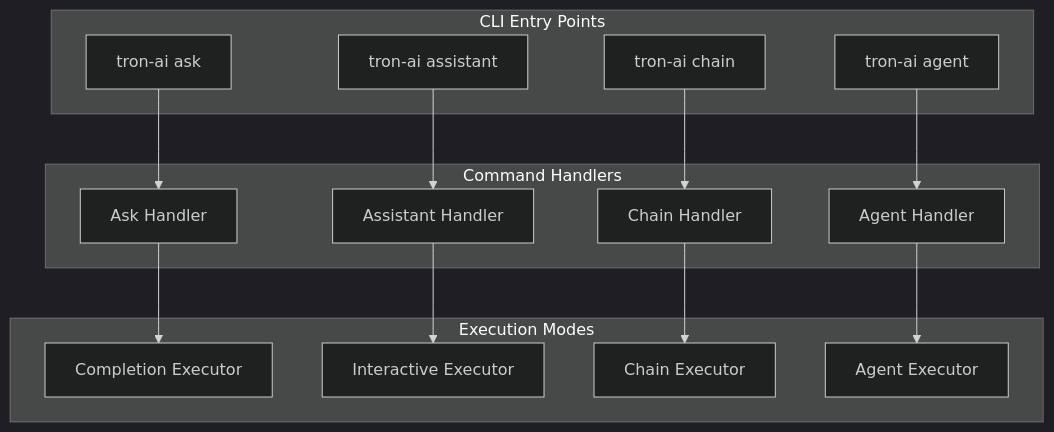
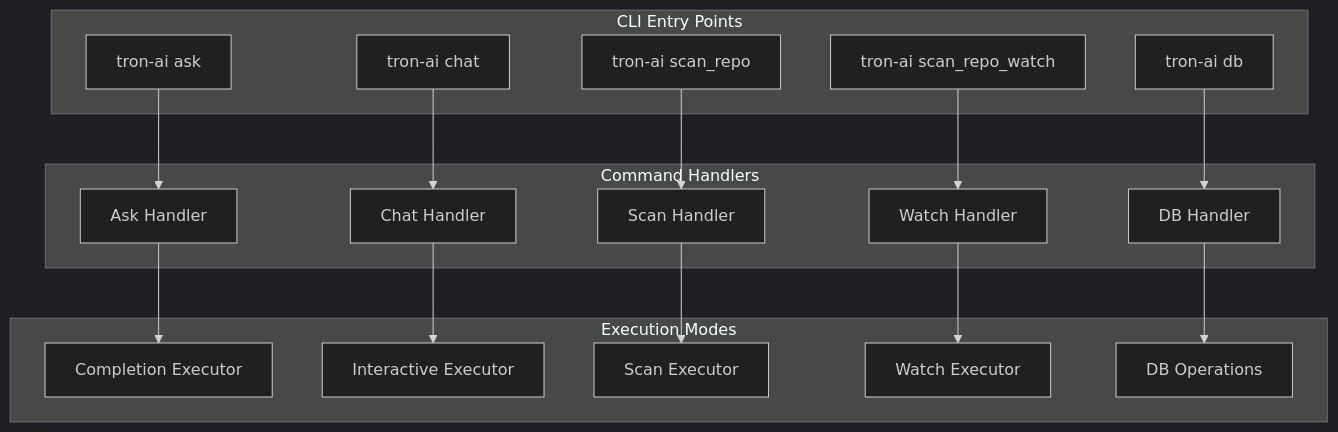
One commit to Bioto/tron-ai changed the first of 4 diagrams in docs/cli-guide.md. Above: the diagram before and after it, drawn with Mermaid (dark theme). The commit also changed other lines of this file and 6 other files, not shown here.

````diff
--- a/docs/cli-guide.md
+++ b/docs/cli-guide.md
@@ -19,28 +19,32 @@
 ```mermaid
 graph TD
     subgraph "CLI Entry Points"
         ASK[tron-ai ask]
-        ASST[tron-ai assistant]
-        CHAIN[tron-ai chain]
-        AGENT[tron-ai agent]
+        CHAT[tron-ai chat]
+        SCAN[tron-ai scan_repo]
+        WATCH[tron-ai scan_repo_watch]
+        DB[tron-ai db]
     end
     
     subgraph "Command Handlers"
         AH[Ask Handler]
-        ASH[Assistant Handler]
-        CH[Chain Handler]
-        AGH[Agent Handler]
+        CH[Chat Handler]
+        SH[Scan Handler]
+        WH[Watch Handler]
+        DH[DB Handler]
     end
     
     subgraph "Execution Modes"
         CE[Completion Executor]
         IE[Interactive Executor]
-        CHE[Chain Executor]
-        AE[Agent Executor]
+        SE[Scan Executor]
+        WE[Watch Executor]
+        DE[DB Operations]
     end
     
     ASK --> AH --> CE
-    ASST --> ASH --> IE
-    CHAIN --> CH --> CHE
-    AGENT --> AGH --> AE
+    CHAT --> CH --> IE
+    SCAN --> SH --> SE
+    WATCH --> WH --> WE
+    DB --> DH --> DE
 ```
````
